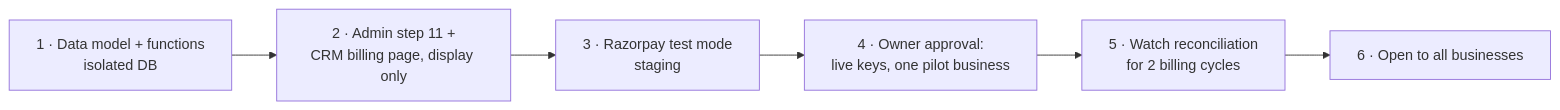
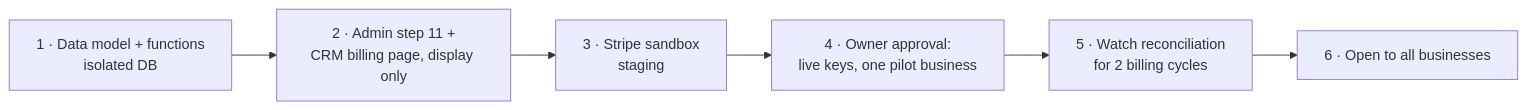
One commit to singhdhruv525-source/Zella-AI changed diagram 16 of 16 in docs/PAYMENTS_ARCHITECTURE.md. Above: the diagram before and after it, drawn with Mermaid. The commit also changed other lines of this file and 3 other files, not shown here.

````diff
--- a/docs/PAYMENTS_ARCHITECTURE.md
+++ b/docs/PAYMENTS_ARCHITECTURE.md
@@ -680,8 +660,8 @@
 ```mermaid
 flowchart LR
   a[1 · Data model + functions<br/>isolated DB] --> b[2 · Admin step 11 +<br/>CRM billing page, display only]
-  b --> c[3 · Razorpay test mode<br/>staging]
+  b --> c[3 · Stripe sandbox<br/>staging]
   c --> d[4 · Owner approval:<br/>live keys, one pilot business]
   d --> e[5 · Watch reconciliation<br/>for 2 billing cycles]
   e --> f[6 · Open to all businesses]
 ```
````
